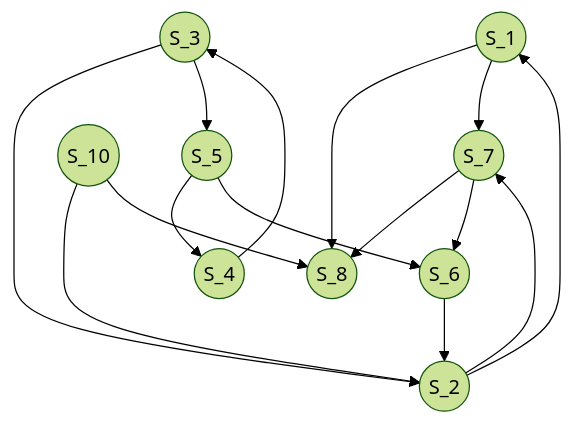
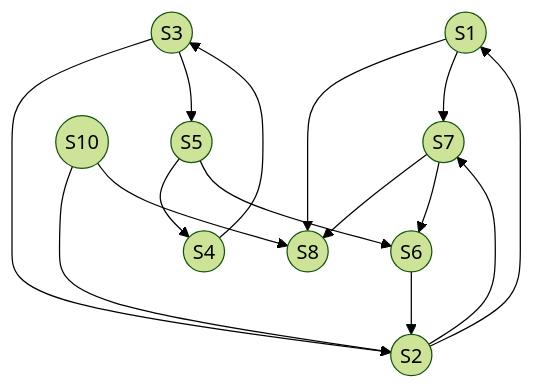
Before and after one commit to mp2i-thiers/mp2i-thiers.github.io: the diagram in docs/Graphes/Graphes.md, drawn with Mermaid (forest theme). The commit also changed other lines of this file, not shown here.

Commit message:
Text graphe

````diff
--- a/docs/Graphes/Graphes.md
+++ b/docs/Graphes/Graphes.md
@@ -315,17 +315,17 @@
 ``` mermaid
 graph TB; 
-    A((S_1))-->B((S_8))
-    D((S_7))-->B
+    A((S1))-->B((S8))
+    D((S7))-->B
     A-->D
-    J((S_10))-->C((S_2))
+    J((S10))-->C((S2))
     C-->A
     C-->D
     J-->B
-    E((S_3))-->C
-    E-->H((S_5))
-    H-->G((S_4))
+    E((S3))-->C
+    E-->H((S5))
+    H-->G((S4))
     G-->E
-    F((S_6))-->C
+    F((S6))-->C
     D-->F
     H-->F
 ```
````
